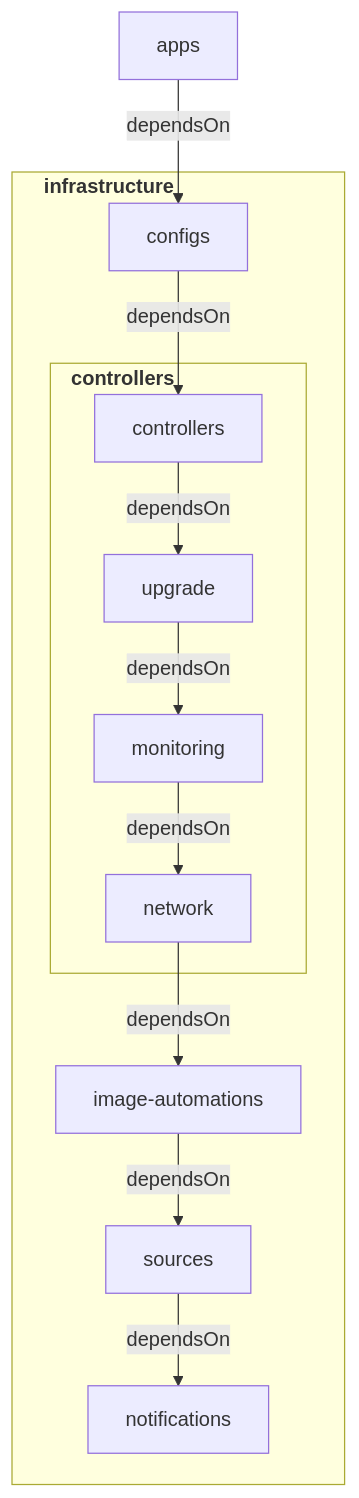
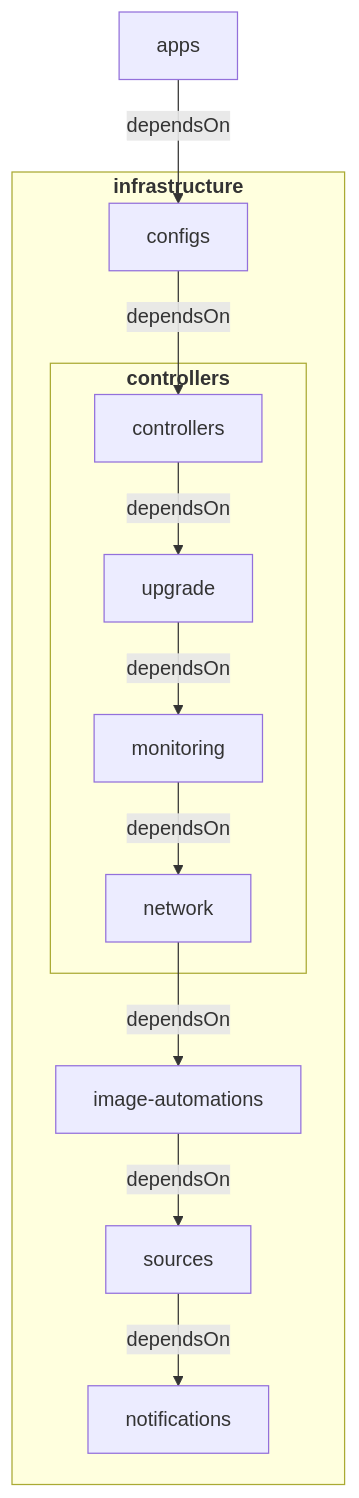
One commit to 418Coffee/hetzner-k3s-flux-template changed the diagram in README.md. Above: the diagram before and after it, drawn with Mermaid.

Commit message:
docs: remove subgraph title alignment hack

````diff
--- a/README.md
+++ b/README.md
@@ -110,18 +110,18 @@
 ```mermaid
 flowchart TD;
     id1[apps] -->|dependsOn| id2[configs]
     %% https://github.com/mermaid-js/mermaid/issues/2977
-    subgraph "`&nbsp**infrastructure**&nbsp&nbsp&nbsp&nbsp&nbsp&nbsp&nbsp&nbsp&nbsp&nbsp&nbsp&nbsp&nbsp&nbsp&nbsp&nbsp&nbsp&nbsp&nbsp&nbsp&nbsp&nbsp&nbsp&nbsp&nbsp&nbsp`"
+    subgraph "`**infrastructure**`"
         id2[configs] -->|dependsOn| id3[controllers]
         %% https://github.com/mermaid-js/mermaid/issues/2977
-        subgraph "`&nbsp**controllers**&nbsp&nbsp&nbsp&nbsp&nbsp&nbsp&nbsp&nbsp&nbsp&nbsp&nbsp&nbsp&nbsp&nbsp&nbsp&nbsp&nbsp&nbsp&nbsp&nbsp&nbsp`"
+        subgraph "`**controllers**`"
             id3[controllers] -->|dependsOn| id4[monitoring]
             id4[upgrade] -->|dependsOn| id5[monitoring]
             id5[monitoring] -->|dependsOn| id6[network]
         end
         id6[network] -->|dependsOn| id7[image-automations]
         id7[image-automations] -->|dependsOn| id8[sources]
         id8[sources] -->|dependsOn| id9[notifications]
         id9[notifications]
     end
 ```
````
